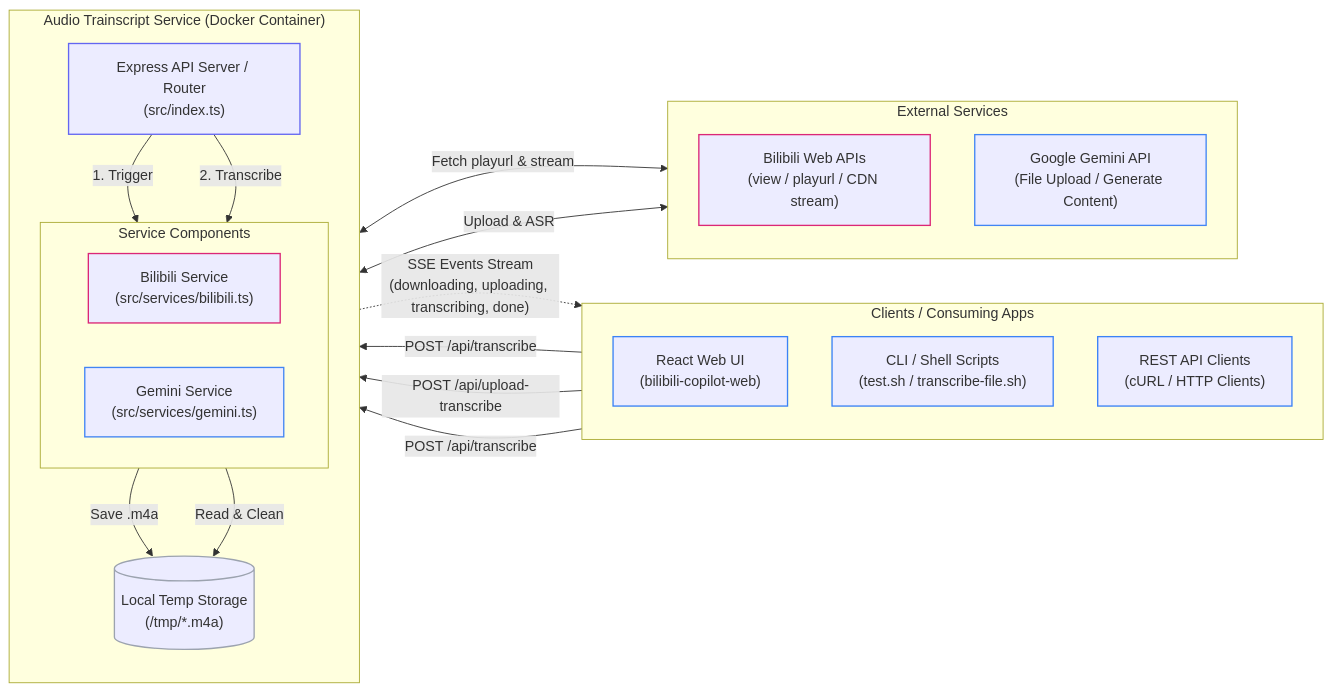
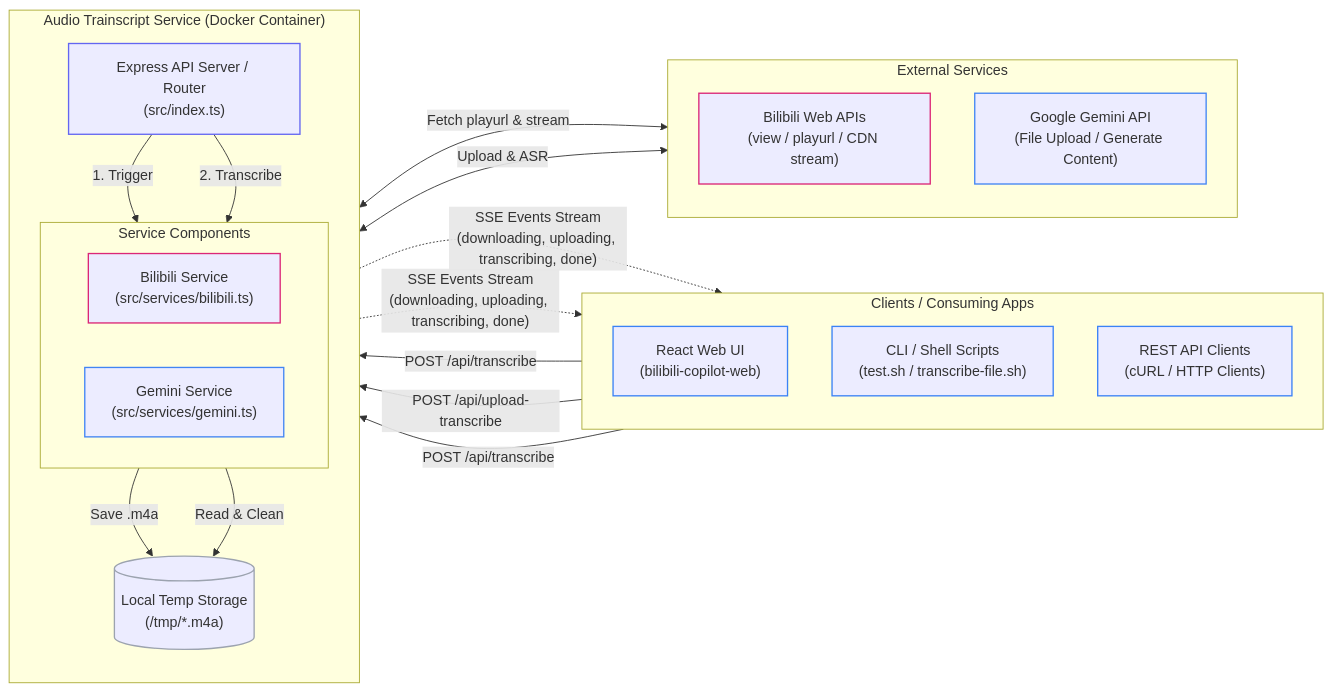
The diagram in README.md (YANGZ001/audio-trainscript-service), drawn with Mermaid before and after one commit. The commit also changed other lines of this file, not shown here.

Commit message:
fix(docs): fix Mermaid HTML entities, SSE arrow, and prose typo in README
- Replace &amp; with & in Mermaid code fence (renders literally otherwise)
- Add SSE stream arrow from Router to CLI (CLI scripts consume SSE too)
- Fix duplicate word: "stream stream-by-stream" → "stream chunk-by-chunk"

````diff
--- a/README.md
+++ b/README.md
@@ -19,56 +19,57 @@
 ```mermaid
 flowchart LR
     subgraph Clients ["Clients / Consuming Apps"]
         direction TB
         Web["React Web UI<br/>(bilibili-copilot-web)"]
         CLI["CLI / Shell Scripts<br/>(test.sh / transcribe-file.sh)"]
         cURL["REST API Clients<br/>(cURL / HTTP Clients)"]
     end
 
     subgraph Service ["Audio Trainscript Service (Docker Container)"]
         direction TB
         Router["Express API Server / Router<br/>(src/index.ts)"]
         
         subgraph Internal ["Service Components"]
             direction LR
             BiliSrv["Bilibili Service<br/>(src/services/bilibili.ts)"]
             GeminiSrv["Gemini Service<br/>(src/services/gemini.ts)"]
         end
         
         TempDisk[("Local Temp Storage<br/>(/tmp/*.m4a)")]
         
         Router -->|1. Trigger| BiliSrv
         Router -->|2. Transcribe| GeminiSrv
         BiliSrv -->|Save .m4a| TempDisk
-        GeminiSrv -->|Read &amp; Clean| TempDisk
+        GeminiSrv -->|Read & Clean| TempDisk
     end
 
     subgraph External ["External Services"]
         direction TB
         BiliAPI["Bilibili Web APIs<br/>(view / playurl / CDN stream)"]
         GeminiAPI["Google Gemini API<br/>(File Upload / Generate Content)"]
     end
 
     %% Client Interactions
     Web -->|POST /api/transcribe| Router
     CLI -->|POST /api/upload-transcribe| Router
     cURL -->|POST /api/transcribe| Router
     Router -.->|"SSE Events Stream<br/>(downloading, uploading, transcribing, done)"| Web
+    Router -.->|"SSE Events Stream<br/>(downloading, uploading, transcribing, done)"| CLI
 
     %% External API Connections
     BiliSrv <-->|Fetch playurl & stream| BiliAPI
-    GeminiSrv <-->|Upload &amp; ASR| GeminiAPI
+    GeminiSrv <-->|Upload & ASR| GeminiAPI
 
     %% Node Styles
     classDef client stroke:#3b82f6,stroke-width:1.5px;
     classDef b站 stroke:#db2777,stroke-width:1.5px;
     classDef gemini stroke:#4285f4,stroke-width:1.5px;
     classDef router stroke:#6366f1,stroke-width:1.5px;
     classDef storage stroke:#9ca3af,stroke-width:1.5px;
 
     class Web,CLI,cURL client;
     class BiliSrv,BiliAPI b站;
     class GeminiSrv,GeminiAPI gemini;
     class Router router;
     class TempDisk storage;
 ```
````
